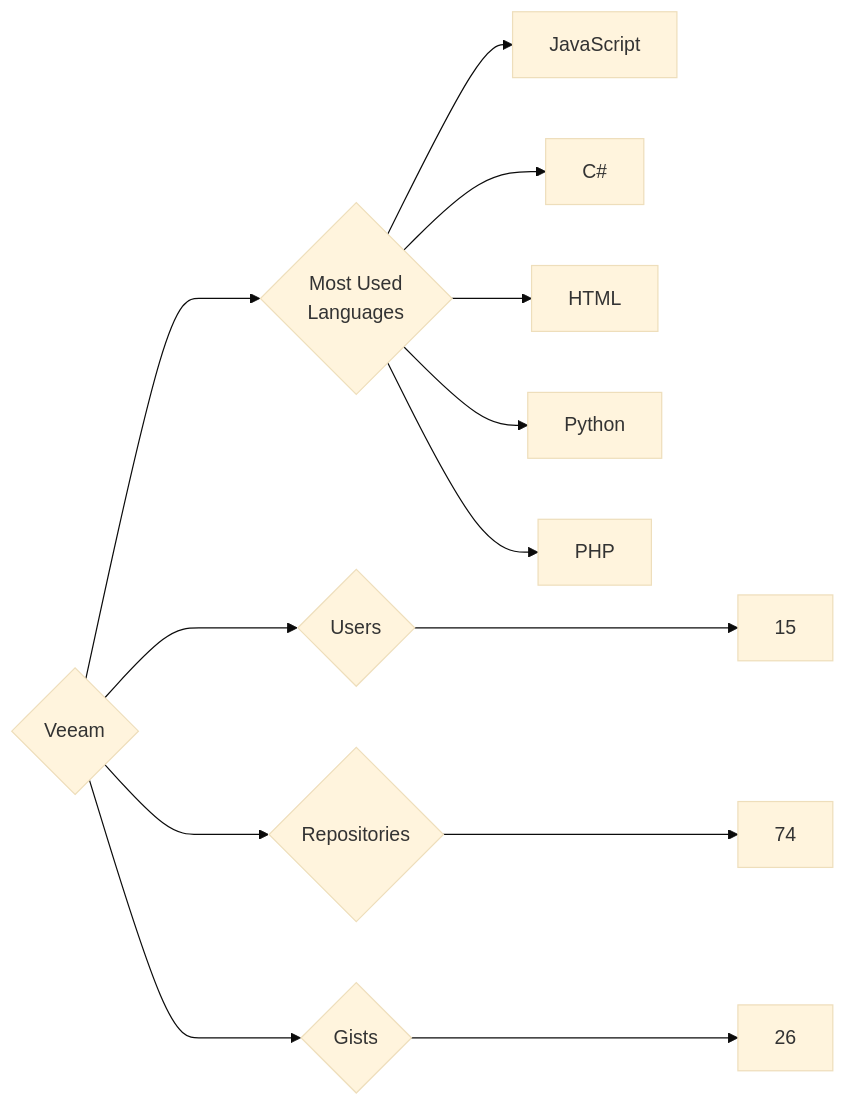
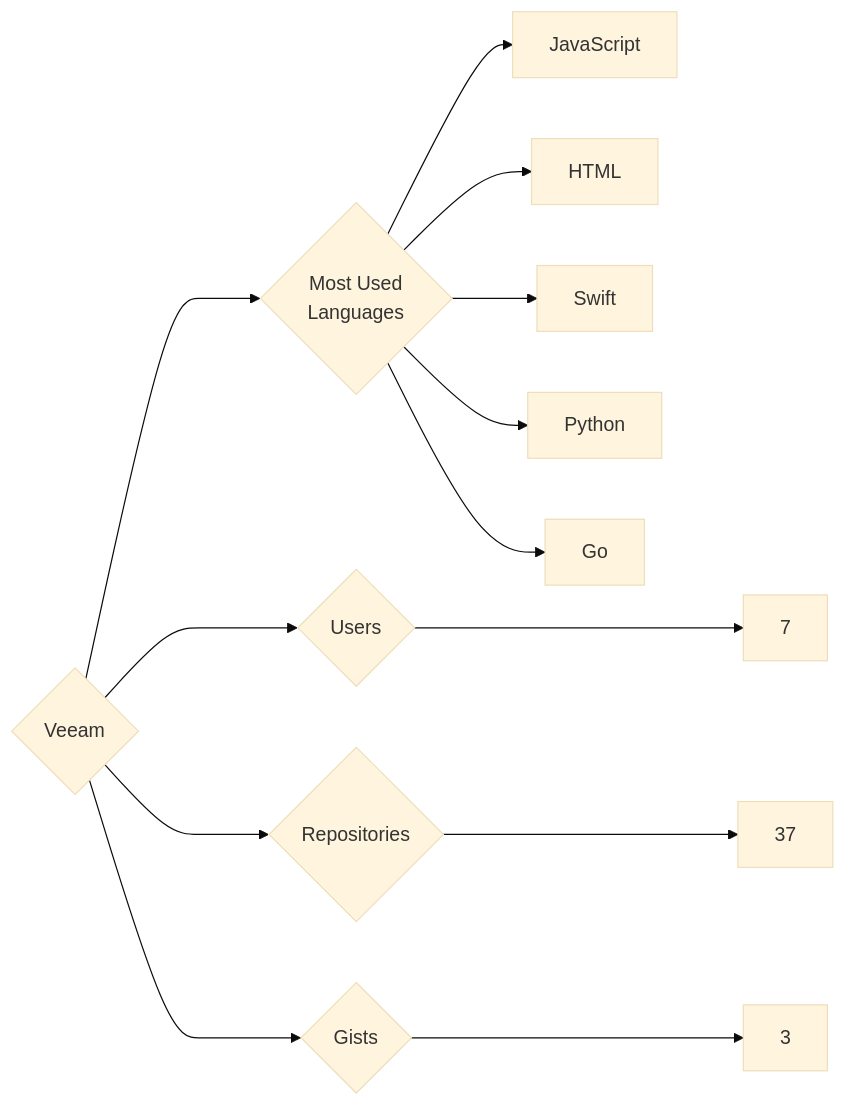
The diagram in targets/Veeam/README.md (trickest/insiders), drawn with Mermaid (base theme) before and after one commit. The commit also changed 964 other files, not shown here.

````diff
--- a/targets/Veeam/README.md
+++ b/targets/Veeam/README.md
@@ -3,13 +3,13 @@
 ```mermaid
 graph LR
 COMPANY_NAME{Veeam}
-COMPANY_NAME ---> U{Users} ---> UN[15]
-COMPANY_NAME ---> R{Repositories} ---> RN[74]
-COMPANY_NAME ---> G{Gists} ---> GN[26]
+COMPANY_NAME ---> U{Users} ---> UN[7]
+COMPANY_NAME ---> R{Repositories} ---> RN[37]
+COMPANY_NAME ---> G{Gists} ---> GN[3]
 COMPANY_NAME ---> ML{Most Used<br>Languages}
 ML --> JavaScript[JavaScript]
-ML --> C#[C#]
 ML --> HTML[HTML]
+ML --> Swift[Swift]
 ML --> Python[Python]
-ML --> PHP[PHP]
+ML --> Go[Go]
 ```
````
